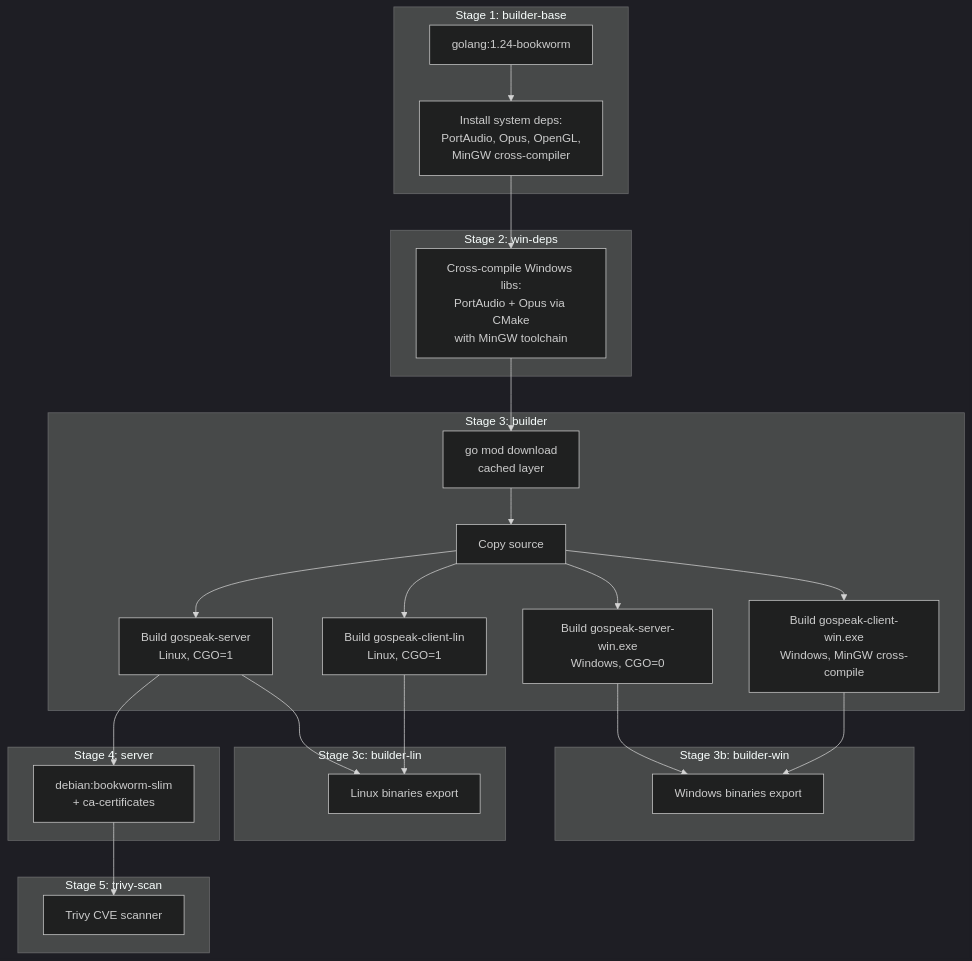
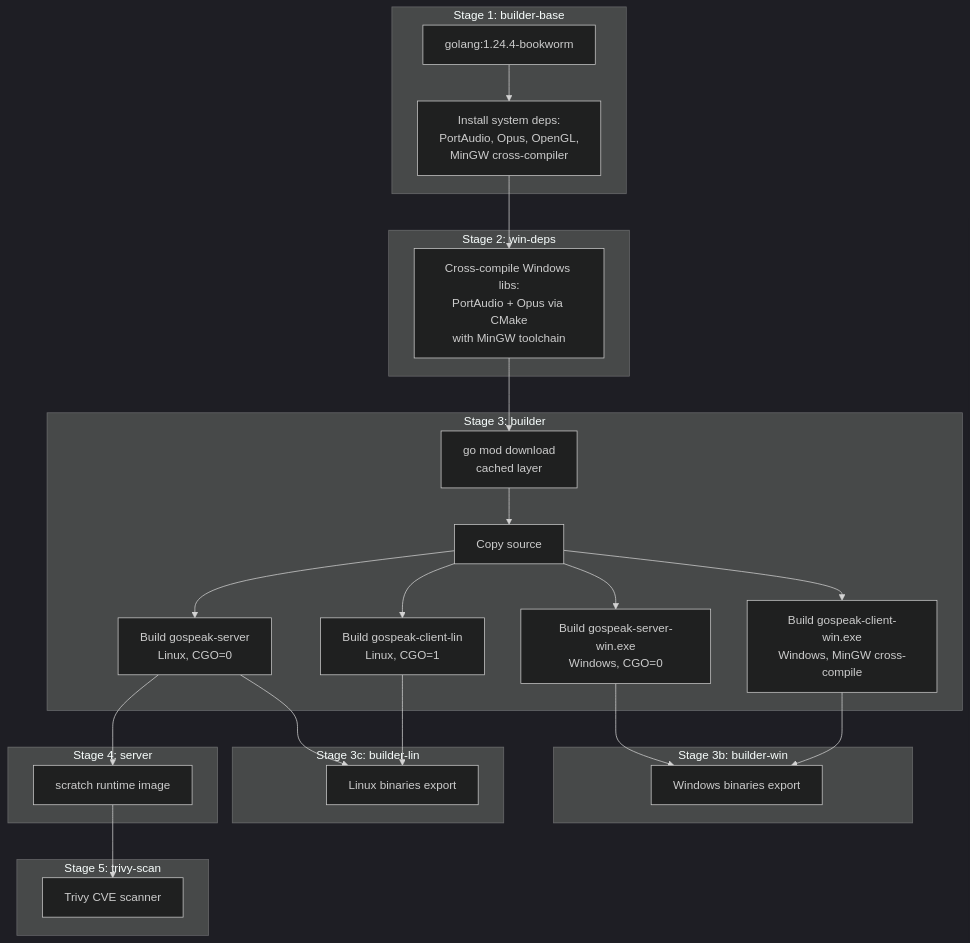
The diagram in docs/building.md (NicolasHaas/gospeak), drawn with Mermaid (dark theme) before and after one commit. The commit also changed other lines of this file and 9 other files, not shown here.

````diff
--- a/docs/building.md
+++ b/docs/building.md
@@ -48,38 +63,38 @@
 ```mermaid
 graph TB
     subgraph "Stage 1: builder-base"
-        S1[golang:1.24-bookworm]
+        S1[golang:1.24.4-bookworm]
         S1 --> DEPS[Install system deps:<br/>PortAudio, Opus, OpenGL,<br/>MinGW cross-compiler]
     end
 
     subgraph "Stage 2: win-deps"
         DEPS --> CMAKE[Cross-compile Windows libs:<br/>PortAudio + Opus via CMake<br/>with MinGW toolchain]
     end
 
     subgraph "Stage 3: builder"
         CMAKE --> GOMOD[go mod download<br/>cached layer]
         GOMOD --> COPY[Copy source]
-        COPY --> SRV_LIN[Build gospeak-server<br/>Linux, CGO=1]
+        COPY --> SRV_LIN[Build gospeak-server<br/>Linux, CGO=0]
         COPY --> SRV_WIN[Build gospeak-server-win.exe<br/>Windows, CGO=0]
         COPY --> CLI_LIN[Build gospeak-client-lin<br/>Linux, CGO=1]
         COPY --> CLI_WIN[Build gospeak-client-win.exe<br/>Windows, MinGW cross-compile]
     end
 
     subgraph "Stage 3b: builder-win"
         SRV_WIN --> RT_WIN[Windows binaries export]
         CLI_WIN --> RT_WIN
     end
 
     subgraph "Stage 3c: builder-lin"
         SRV_LIN --> RT_LIN[Linux binaries export]
         CLI_LIN --> RT_LIN
     end
 
     subgraph "Stage 4: server"
-        SRV_LIN --> RT1[debian:bookworm-slim<br/>+ ca-certificates]
+        SRV_LIN --> RT1[scratch runtime image]
     end
 
     subgraph "Stage 5: trivy-scan"
         RT1 --> TRIVY[Trivy CVE scanner]
     end
 ```
````
